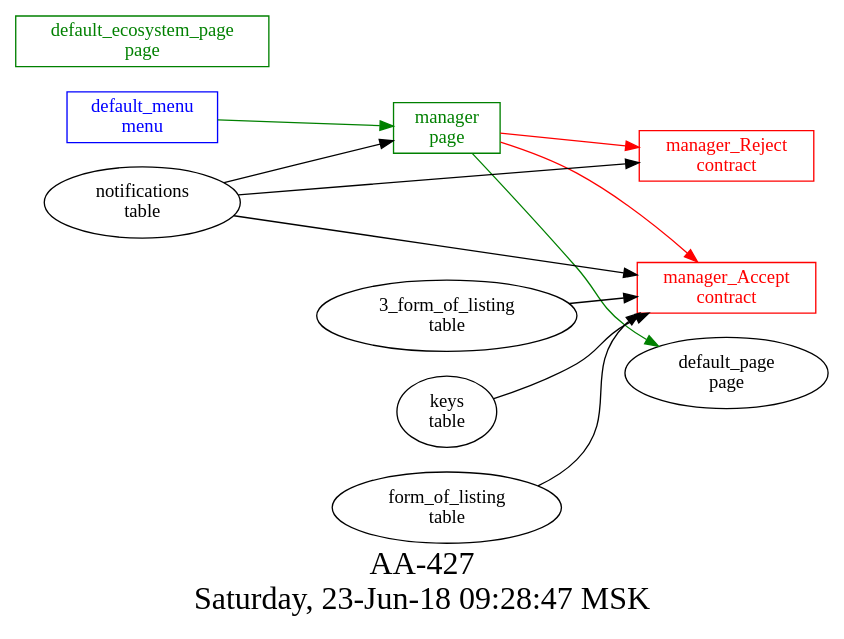
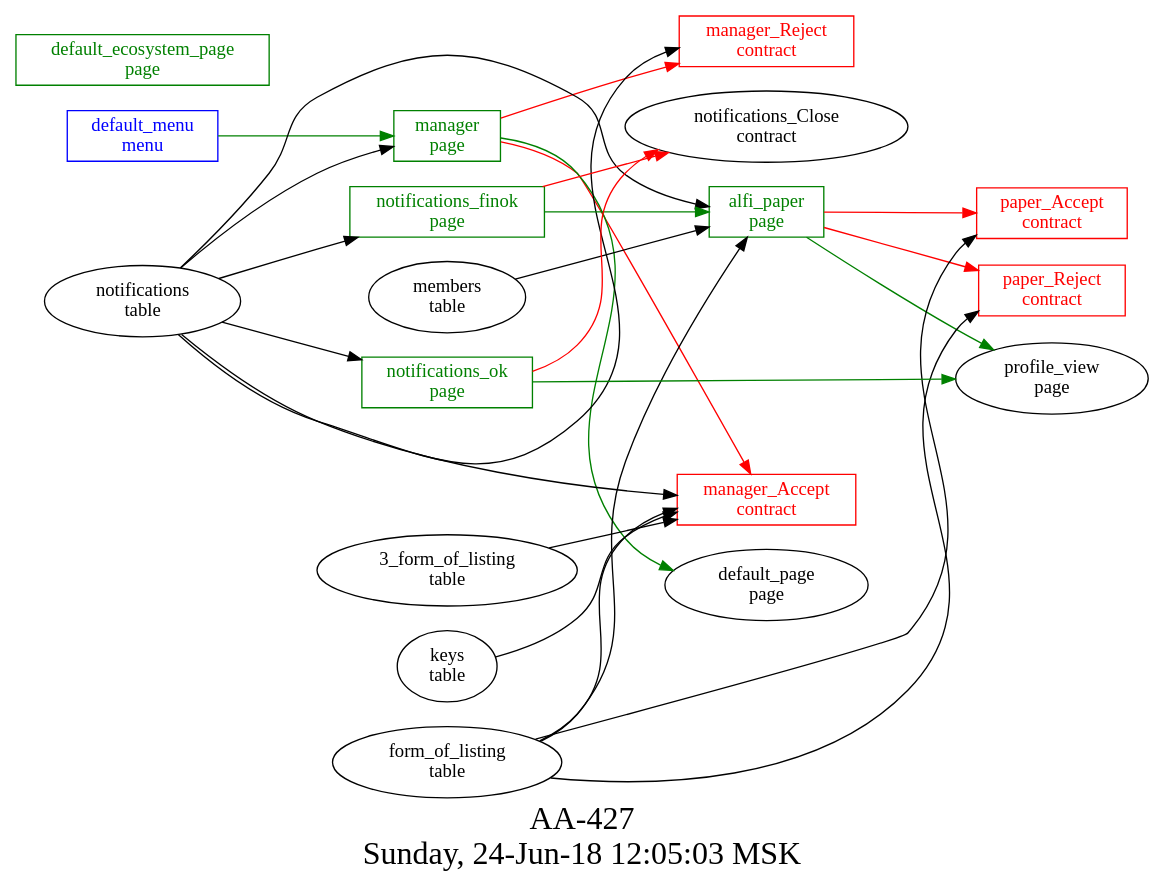
One commit to AplaProject/apps changed the diagram in src/AA-427/struct.dot. Above: the diagram before and after it, drawn with Graphviz. The commit also changed 5 other files, not shown here.

```diff
--- a/src/AA-427/struct.dot
+++ b/src/AA-427/struct.dot
@@ -1,25 +1,44 @@
 digraph G {
 graph [
   fontsize="24";
-  label="AA-427\nSaturday, 23-Jun-18 09:28:47 MSK";
+  label="AA-427\nSunday, 24-Jun-18 12:05:03 MSK";
   nojustify=true;
   ordering=out;
   rankdir=LR;
   size="30";
 ];
 "default_menu\nmenu" -> "manager\npage"  [ color=green ]
 "default_menu\nmenu" [color=blue, fontcolor=blue, group=menus, shape=record];
+"alfi_paper\npage" -> "paper_Accept\ncontract"  [ color=red ]
+"alfi_paper\npage" -> "paper_Reject\ncontract"  [ color=red ]
+"notifications\ntable" -> "alfi_paper\npage"
+"form_of_listing\ntable" -> "alfi_paper\npage"
+"members\ntable" -> "alfi_paper\npage"
+"alfi_paper\npage" -> "profile_view\npage"  [ color=green ]
+"alfi_paper\npage" [color=green, fontcolor=green, group=pages, shape=record];
 "default_ecosystem_page\npage" [color=green, fontcolor=green, group=pages, shape=record];
 "manager\npage" -> "manager_Reject\ncontract"  [ color=red ]
 "manager\npage" -> "manager_Accept\ncontract"  [ color=red ]
 "notifications\ntable" -> "manager\npage"
 "manager\npage" -> "default_page\npage"  [ color=green ]
 "manager\npage" [color=green, fontcolor=green, group=pages, shape=record];
+"notifications_finok\npage" -> "notifications_Close\ncontract"  [ color=red ]
+"notifications\ntable" -> "notifications_finok\npage"
+"notifications_finok\npage" -> "alfi_paper\npage"  [ color=green ]
+"notifications_finok\npage" [color=green, fontcolor=green, group=pages, shape=record];
+"notifications_ok\npage" -> "notifications_Close\ncontract"  [ color=red ]
+"notifications\ntable" -> "notifications_ok\npage"
+"notifications_ok\npage" -> "profile_view\npage"  [ color=green ]
+"notifications_ok\npage" [color=green, fontcolor=green, group=pages, shape=record];
 "3_form_of_listing\ntable" -> "manager_Accept\ncontract"
 "notifications\ntable" -> "manager_Accept\ncontract"
 "keys\ntable" -> "manager_Accept\ncontract"
 "form_of_listing\ntable" -> "manager_Accept\ncontract"
 "manager_Accept\ncontract" [color=red, fontcolor=red, group=contracts, shape=record];
 "notifications\ntable" -> "manager_Reject\ncontract"
 "manager_Reject\ncontract" [color=red, fontcolor=red, group=contracts, shape=record];
+"form_of_listing\ntable" -> "paper_Accept\ncontract"
+"paper_Accept\ncontract" [color=red, fontcolor=red, group=contracts, shape=record];
+"form_of_listing\ntable" -> "paper_Reject\ncontract"
+"paper_Reject\ncontract" [color=red, fontcolor=red, group=contracts, shape=record];
 }
```
